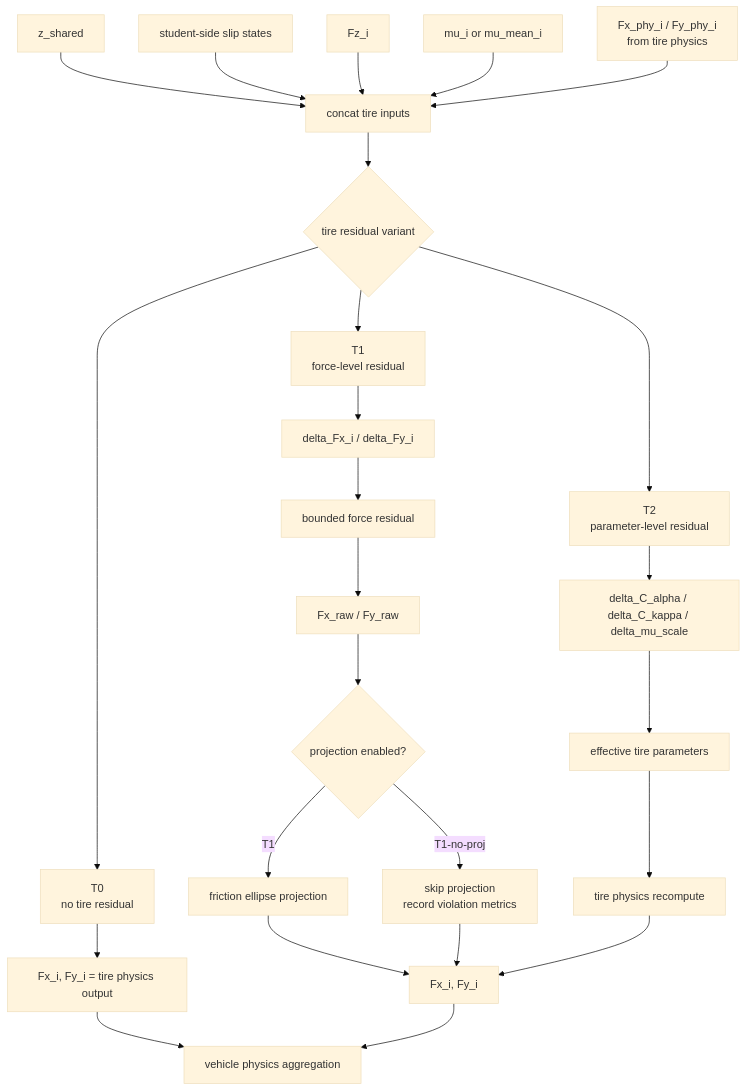
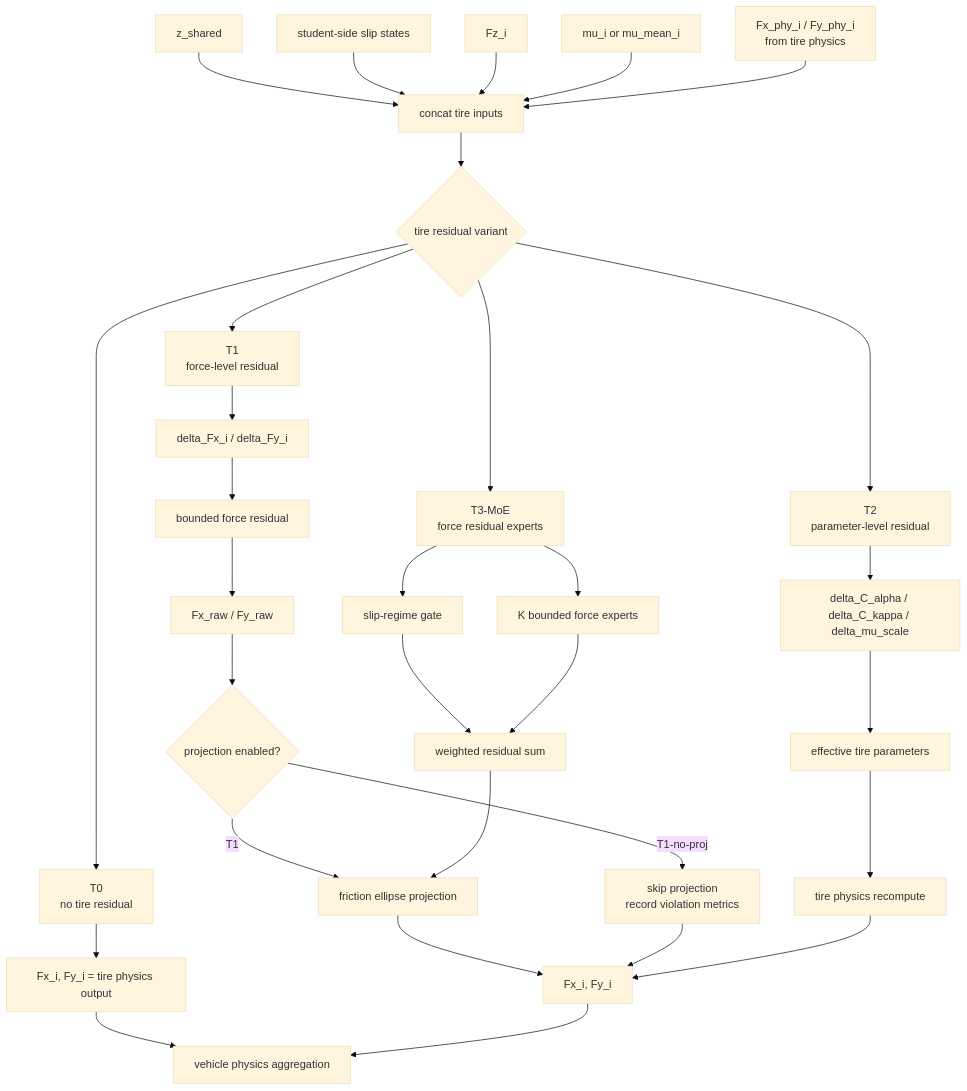
One commit to djh1995555/deep-sim changed the fifth of 10 diagrams in refine-logs/MODULE_DESIGN.md. Above: the diagram before and after it, drawn with Mermaid (base theme). The commit also changed other lines of this file and 137 other files, not shown here.

````diff
--- a/refine-logs/MODULE_DESIGN.md
+++ b/refine-logs/MODULE_DESIGN.md
@@ -499,32 +510,39 @@
 ```mermaid
 flowchart TD
   Z["z_shared"] --> IN["concat tire inputs"]
   SLIP["student-side slip states"] --> IN
   FZ["Fz_i"] --> IN
   MU["mu_i or mu_mean_i"] --> IN
   FPHY["Fx_phy_i / Fy_phy_i<br/>from tire physics"] --> IN
 
   IN --> TVAR{"tire residual variant"}
 
   TVAR --> T0["T0<br/>no tire residual"]
   T0 --> T0OUT["Fx_i, Fy_i = tire physics output"]
 
   TVAR --> T1["T1<br/>force-level residual"]
   T1 --> T1HEAD["delta_Fx_i / delta_Fy_i"]
   T1HEAD --> T1BOUND["bounded force residual"]
   T1BOUND --> ADD["Fx_raw / Fy_raw"]
   ADD --> PROJ{"projection enabled?"}
   PROJ -->|"T1"| ELL["friction ellipse projection"]
   PROJ -->|"T1-no-proj"| NOP["skip projection<br/>record violation metrics"]
   ELL --> FOUT["Fx_i, Fy_i"]
   NOP --> FOUT
 
   TVAR --> T2["T2<br/>parameter-level residual"]
   T2 --> T2HEAD["delta_C_alpha / delta_C_kappa / delta_mu_scale"]
   T2HEAD --> PEFF["effective tire parameters"]
   PEFF --> TP2["tire physics recompute"]
   TP2 --> FOUT
 
+  TVAR --> T3["T3-MoE<br/>force residual experts"]
+  T3 --> GATE["slip-regime gate"]
+  T3 --> EXP["K bounded force experts"]
+  GATE --> MIX["weighted residual sum"]
+  EXP --> MIX
+  MIX --> ELL
+
   T0OUT --> VEH["vehicle physics aggregation"]
   FOUT --> VEH
 ```
````
